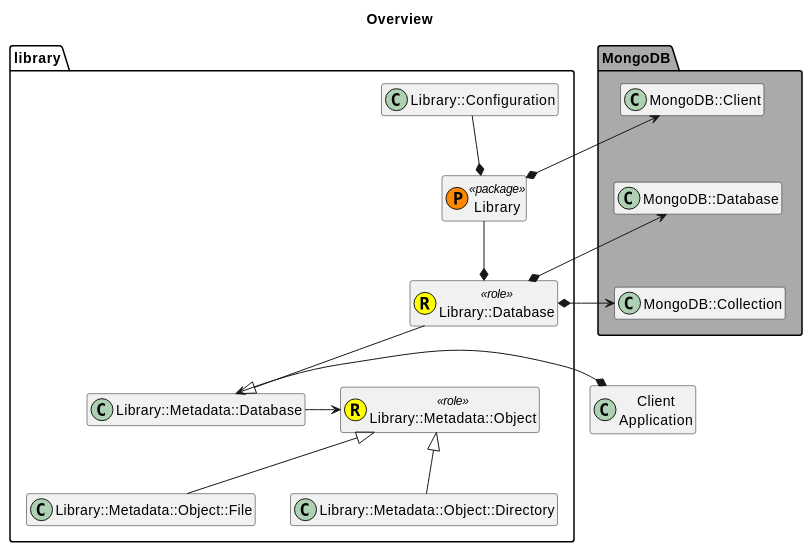
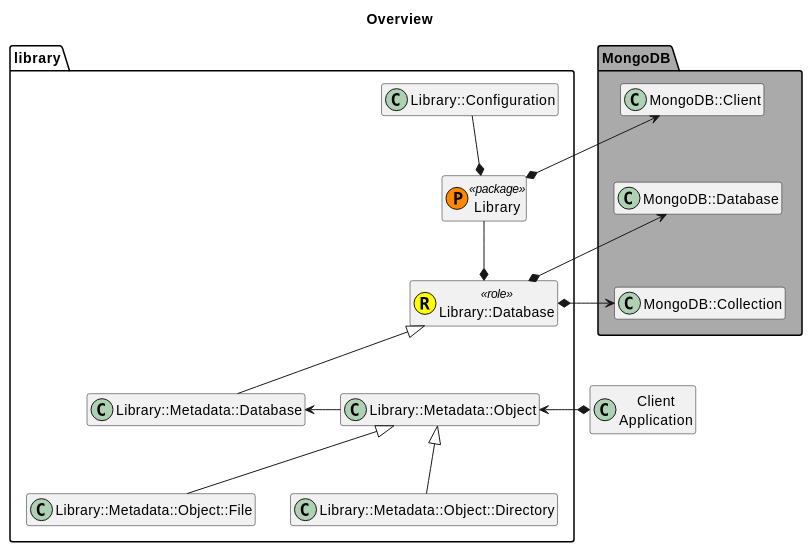
One commit to MARTIMM/Library changed the third of 3 diagrams in doc/requirements.md. Above: the diagram before and after it, drawn with PlantUML.

Commit message:
requirements

````diff
--- a/doc/requirements.md
+++ b/doc/requirements.md
@@ -311,43 +311,43 @@
 ```plantuml
 
 title Overview
 
 hide members
 class Client as "Client\nApplication"
 
 package MongoDB #AAAAAA {
   'set namespaceSeparator ::
   class MC as "MongoDB::Client"
   class MDB as "MongoDB::Database"
   class MCL as "MongoDB::Collection"
 
   MC -[hidden]- MDB
   MDB -[hidden]- MCL
 }
 
 package library #FFFFFF {
 
   class L as "Library" << (P,#FF8800) package >>
   class LC as "Library::Configuration"
   class LD as "Library::Database" << (R,#FFFF00) role >>
   class LMD as "Library::Metadata::Database"
-  class Obj as "Library::Metadata::Object" << (R,#FFFF00) role >>
+  class Obj as "Library::Metadata::Object"
   class OTF as "Library::Metadata::Object::File"
   class OTD as "Library::Metadata::Object::Directory"
 
   MC <--* L
   LC --* L
 
   L --* LD
   MDB <-right-* LD
   MCL <-right-* LD
 
-  Client *-> LMD
-  LD --|> LMD
+  Client *-> Obj
+  LD <|-- LMD
 
-  LMD -> Obj
+  LMD <- Obj
   Obj <|-- OTF
   Obj <|-- OTD
 }
 
 ```
````
